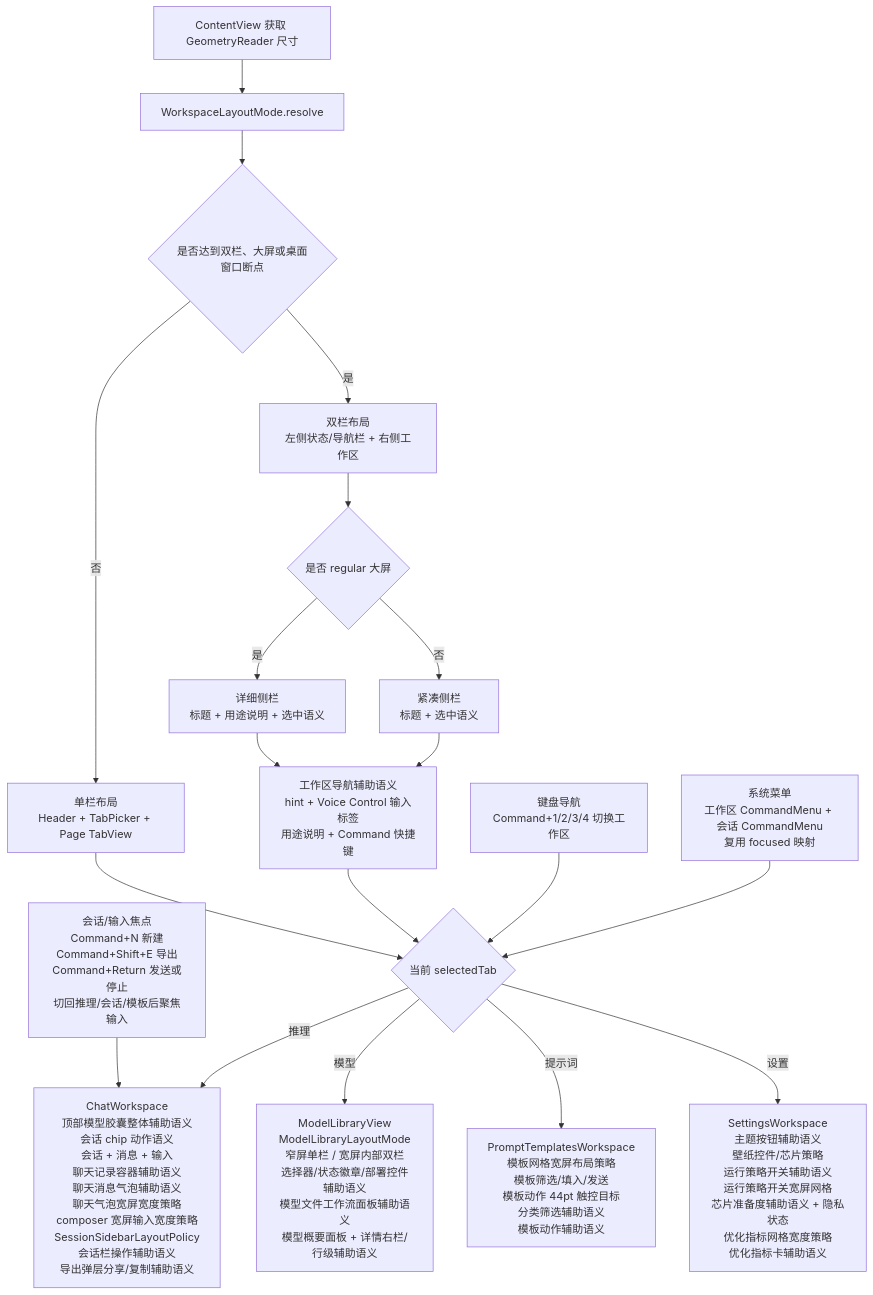
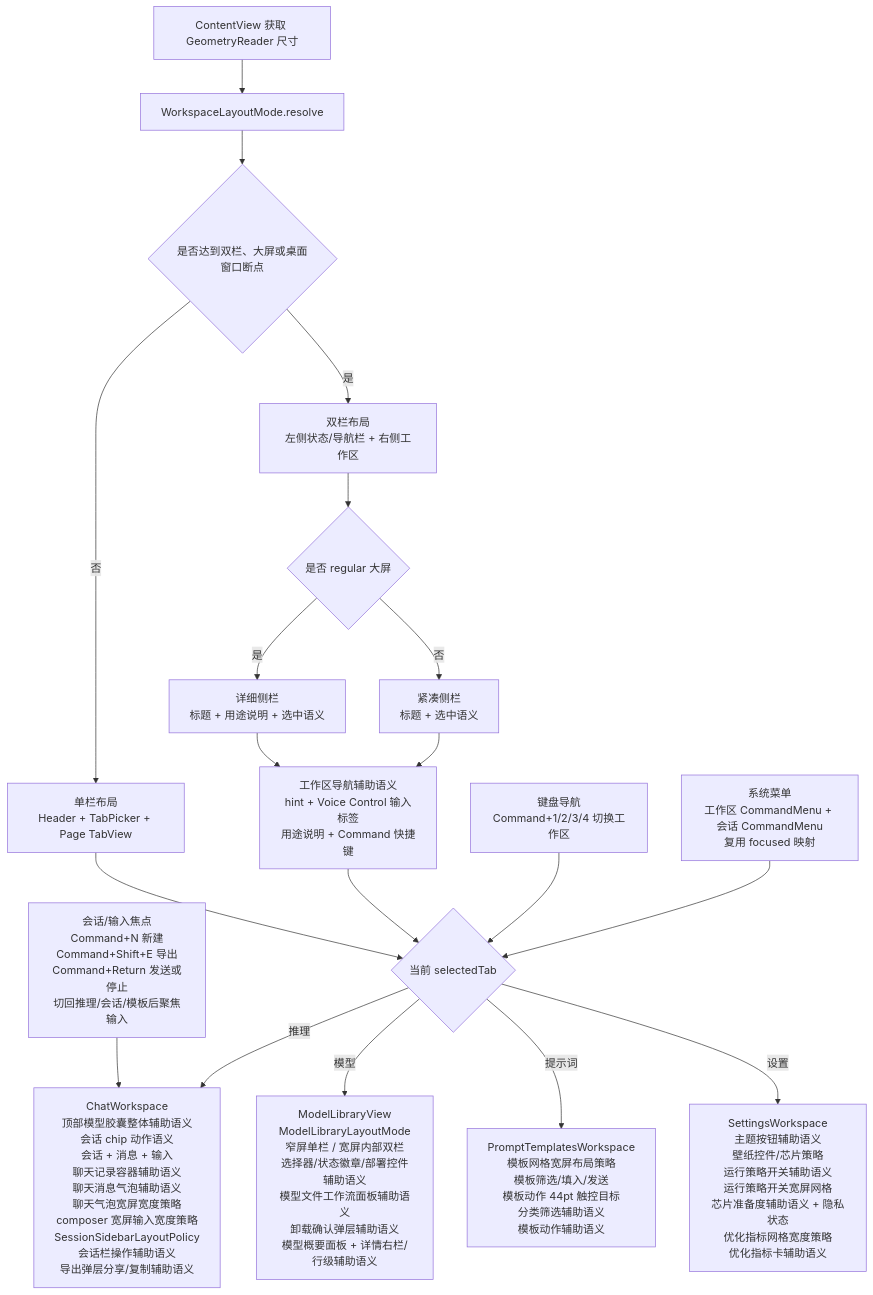
The fifth of 10 diagrams in md/flow/flowchart.md (Altman-sam114/113), drawn with Mermaid before and after one commit. The commit also changed other lines of this file and 8 other files, not shown here.

````diff
--- a/md/flow/flowchart.md
+++ b/md/flow/flowchart.md
@@ -68,21 +84,21 @@
 ```mermaid
 flowchart TD
     A[ContentView 获取 GeometryReader 尺寸] --> B[WorkspaceLayoutMode.resolve]
     B --> C{是否达到双栏、大屏或桌面窗口断点}
     C -- 否 --> D[单栏布局<br/>Header + TabPicker + Page TabView]
     C -- 是 --> E[双栏布局<br/>左侧状态/导航栏 + 右侧工作区]
     E --> N{是否 regular 大屏}
     N -- 是 --> O[详细侧栏<br/>标题 + 用途说明 + 选中语义]
     N -- 否 --> P[紧凑侧栏<br/>标题 + 选中语义]
     D --> F{当前 selectedTab}
     O --> X[工作区导航辅助语义<br/>hint + Voice Control 输入标签<br/>用途说明 + Command 快捷键]
     P --> X
     X --> F
     K[键盘导航<br/>Command+1/2/3/4 切换工作区] --> F
     M[系统菜单<br/>工作区 CommandMenu + 会话 CommandMenu<br/>复用 focused 映射] --> F
     L[会话/输入焦点<br/>Command+N 新建<br/>Command+Shift+E 导出<br/>Command+Return 发送或停止<br/>切回推理/会话/模板后聚焦输入] --> G
     F -- 推理 --> G[ChatWorkspace<br/>顶部模型胶囊整体辅助语义<br/>会话 chip 动作语义<br/>会话 + 消息 + 输入<br/>聊天记录容器辅助语义<br/>聊天消息气泡辅助语义<br/>聊天气泡宽屏宽度策略<br/>composer 宽屏输入宽度策略<br/>SessionSidebarLayoutPolicy<br/>会话栏操作辅助语义<br/>导出弹层分享/复制辅助语义]
-    F -- 模型 --> H[ModelLibraryView<br/>ModelLibraryLayoutMode<br/>窄屏单栏 / 宽屏内部双栏<br/>选择器/状态徽章/部署控件辅助语义<br/>模型文件工作流面板辅助语义<br/>模型概要面板 + 详情右栏/行级辅助语义]
+    F -- 模型 --> H[ModelLibraryView<br/>ModelLibraryLayoutMode<br/>窄屏单栏 / 宽屏内部双栏<br/>选择器/状态徽章/部署控件辅助语义<br/>模型文件工作流面板辅助语义<br/>卸载确认弹层辅助语义<br/>模型概要面板 + 详情右栏/行级辅助语义]
     F -- 提示词 --> I[PromptTemplatesWorkspace<br/>模板网格宽屏布局策略<br/>模板筛选/填入/发送<br/>模板动作 44pt 触控目标<br/>分类筛选辅助语义<br/>模板动作辅助语义]
     F -- 设置 --> J[SettingsWorkspace<br/>主题按钮辅助语义<br/>壁纸控件/芯片策略<br/>运行策略开关辅助语义<br/>运行策略开关宽屏网格<br/>芯片准备度辅助语义 + 隐私状态<br/>优化指标网格宽度策略<br/>优化指标卡辅助语义]
 ```
````
